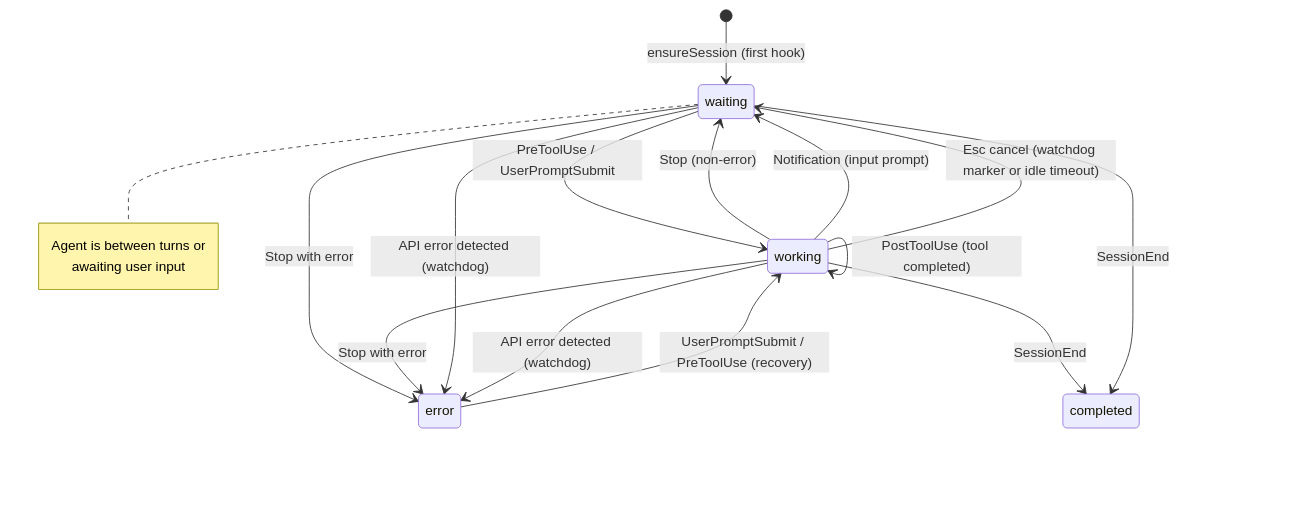
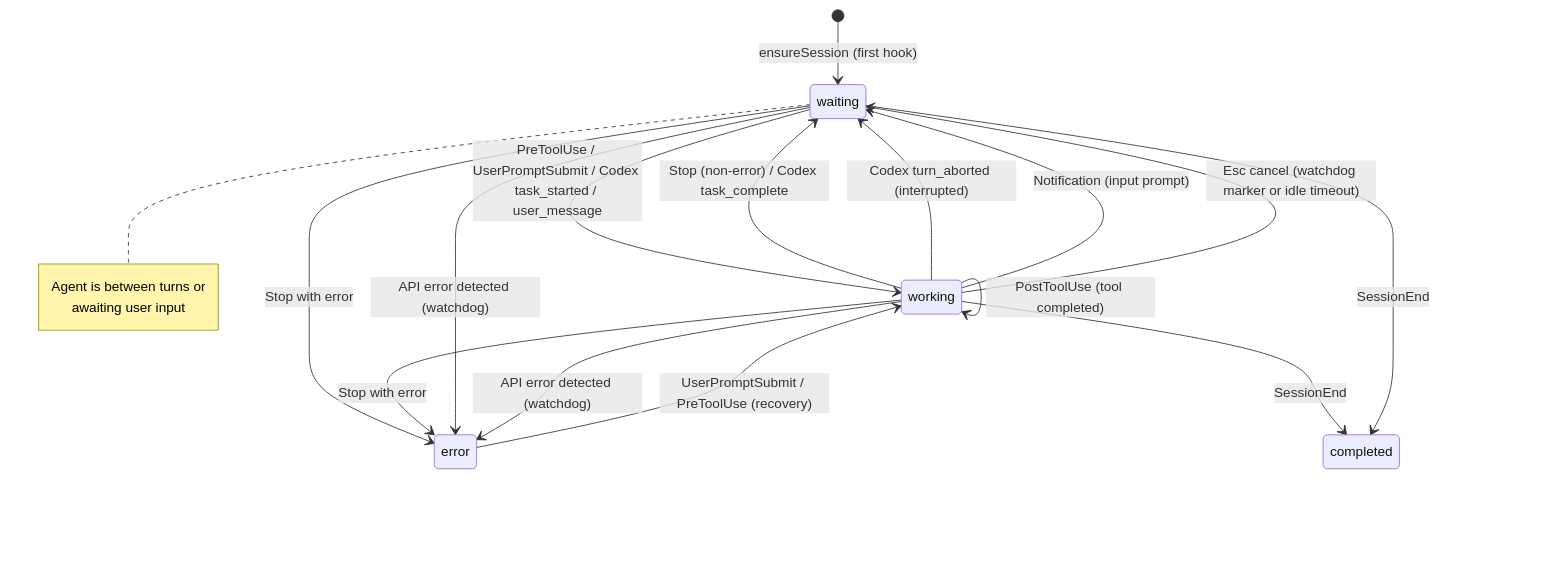
The tenth of 17 diagrams in server/README.md (CorentinPa/Claude-Code-Agent-Monitor), drawn with Mermaid before and after one commit. The commit also changed other lines of this file and 19 other files, not shown here.

````diff
--- a/server/README.md
+++ b/server/README.md
@@ -1019,21 +1022,22 @@
 ```mermaid
 stateDiagram-v2
     [*] --> waiting: ensureSession (first hook)
-    waiting --> working: PreToolUse / UserPromptSubmit
+    waiting --> working: PreToolUse / UserPromptSubmit / Codex task_started / user_message
     working --> working: PostToolUse (tool completed)
-    working --> waiting: Stop (non-error)
+    working --> waiting: Stop (non-error) / Codex task_complete
+    working --> waiting: Codex turn_aborted (interrupted)
     working --> waiting: Notification (input prompt)
     working --> waiting: Esc cancel (watchdog marker or idle timeout)
     waiting --> error: Stop with error
     working --> error: Stop with error
     waiting --> error: API error detected (watchdog)
     working --> error: API error detected (watchdog)
     error --> working: UserPromptSubmit / PreToolUse (recovery)
     working --> completed: SessionEnd
     waiting --> completed: SessionEnd
 
     note right of waiting
         Agent is between turns or
         awaiting user input
     end note
 ```
````
